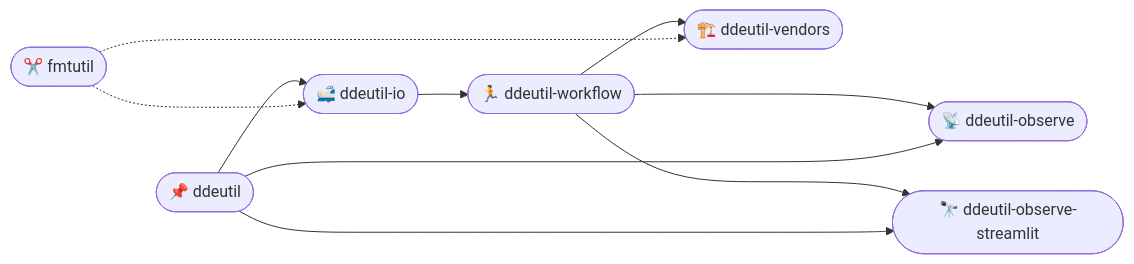
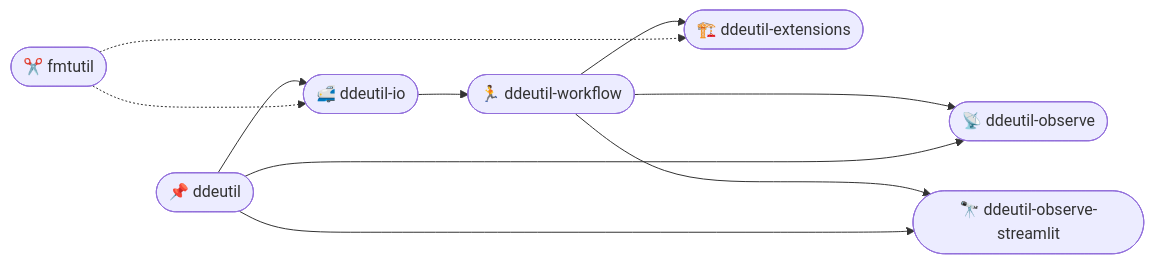
Before and after one commit to ddeutils/.github: the diagram in profile/README.md, drawn with Mermaid. The commit also changed other lines of this file, not shown here.

````diff
--- a/profile/README.md
+++ b/profile/README.md
@@ -7,10 +7,10 @@
 ```mermaid
 flowchart LR
    1([📌 ddeutil]) --> 2([🚅 ddeutil-io]) --> 3([🏃 ddeutil-workflow]) ---> 4([📡 ddeutil-observe])
    1 ---> 4
-   3 --> 5([🏗️ ddeutil-vendors])
+   3 --> 5([🏗️ ddeutil-extensions])
    3 ---> 6([🔭 ddeutil-observe-streamlit])
    1 --> 6
    0([✂️ fmtutil]) -..-> 2
    0 -..-> 5
 ```
````
